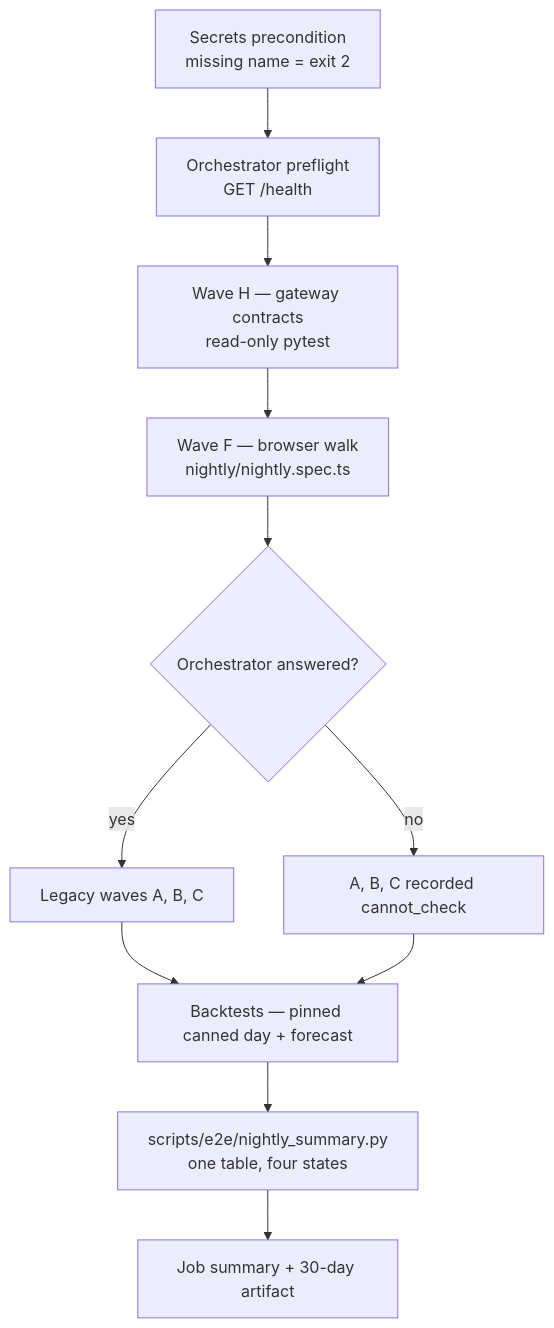
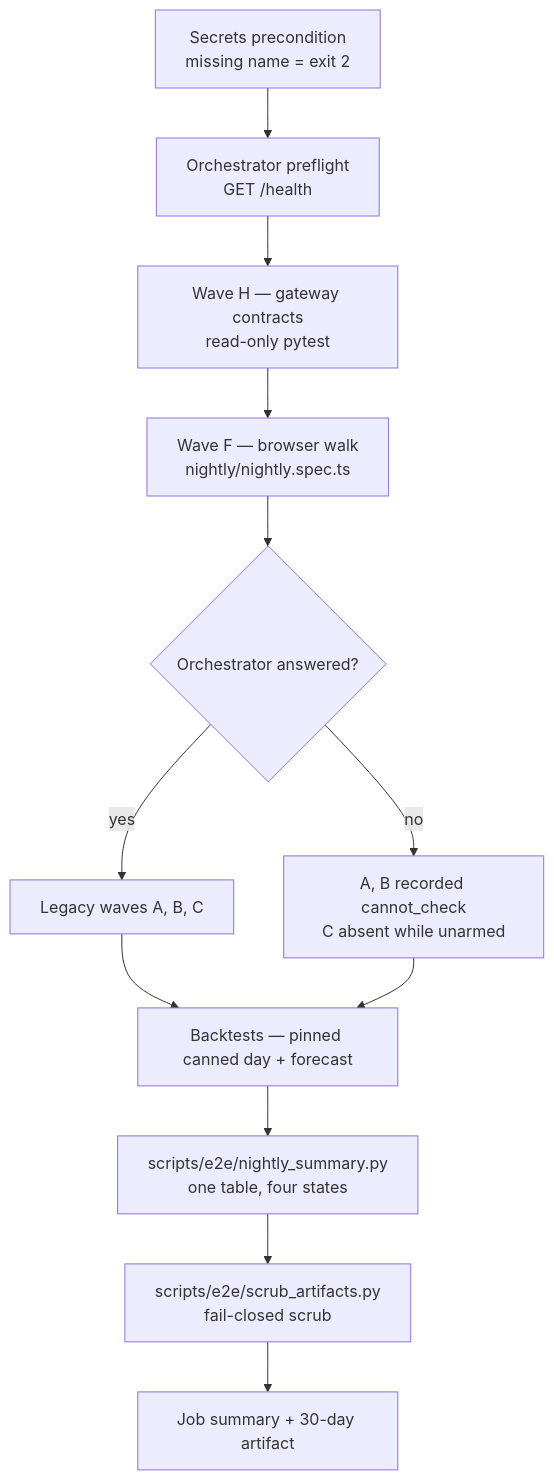
One commit to aldemirkonuk/RestaurantAIAutomation changed the diagram in apps/web/e2e/README.md. Above: the diagram before and after it, drawn with Mermaid. The commit also changed other lines of this file and 15 other files, not shown here.

````diff
--- a/apps/web/e2e/README.md
+++ b/apps/web/e2e/README.md
@@ -19,13 +19,14 @@
 ```mermaid
 flowchart TD
   S[Secrets precondition<br/>missing name = exit 2] --> P[Orchestrator preflight<br/>GET /health]
   P --> H[Wave H — gateway contracts<br/>read-only pytest]
   H --> F[Wave F — browser walk<br/>nightly/nightly.spec.ts]
   F --> L{Orchestrator answered?}
   L -- yes --> ABC[Legacy waves A, B, C]
-  L -- no --> CC[A, B, C recorded cannot_check]
+  L -- no --> CC[A, B recorded cannot_check<br/>C absent while unarmed]
   ABC --> B[Backtests — pinned canned day + forecast]
   CC --> B
   B --> SUM[scripts/e2e/nightly_summary.py<br/>one table, four states]
-  SUM --> ART[Job summary + 30-day artifact]
+  SUM --> SCR[scripts/e2e/scrub_artifacts.py<br/>fail-closed scrub]
+  SCR --> ART[Job summary + 30-day artifact]
 ```
````
